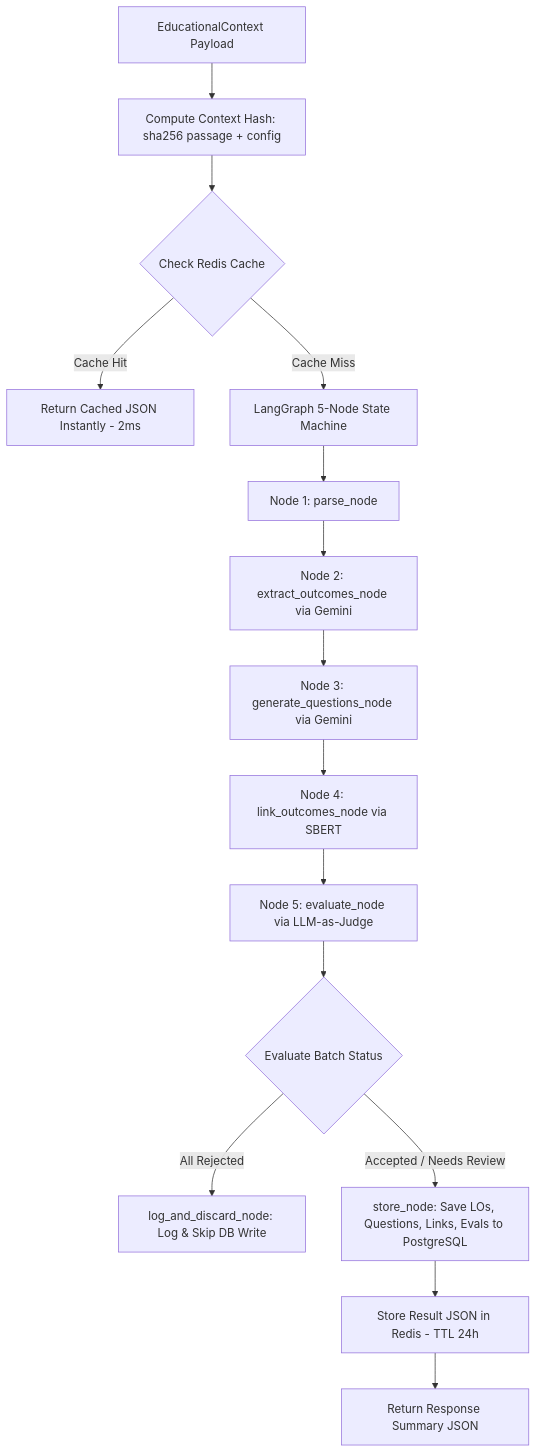
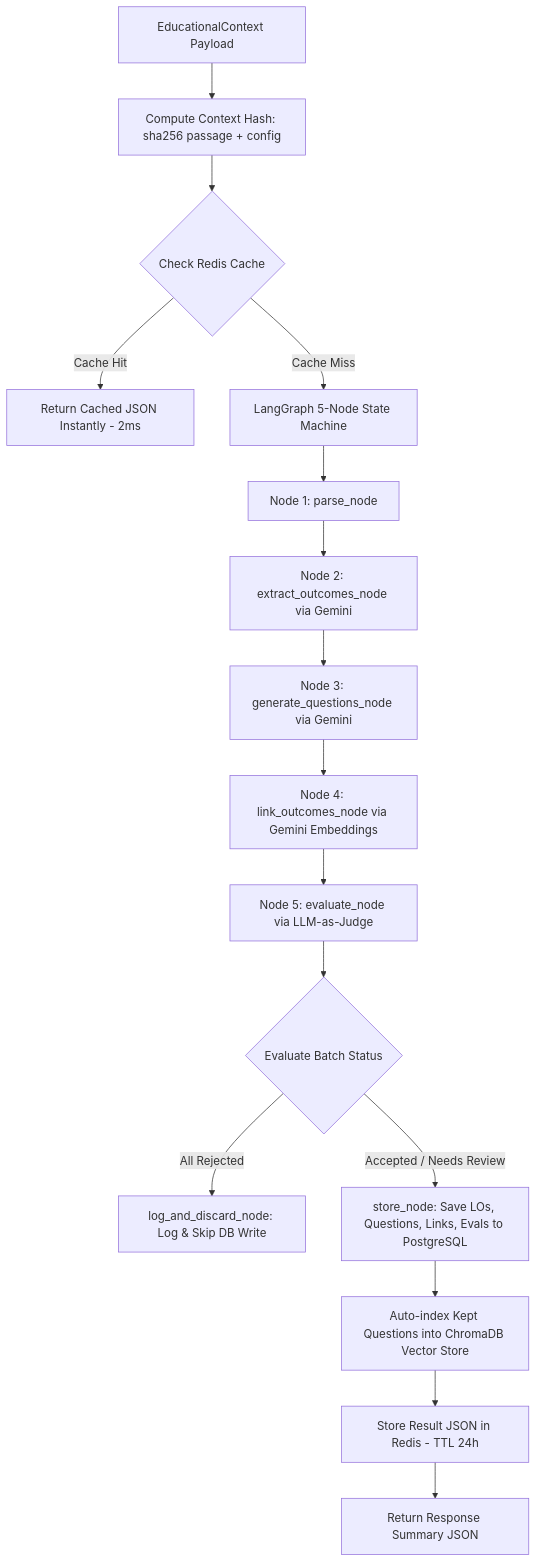
Before and after one commit to Moabed21/Smart-Educator: the diagram in README.md, drawn with Mermaid. The commit also changed other lines of this file and 6 other files, not shown here.

````diff
--- a/README.md
+++ b/README.md
@@ -85,20 +86,21 @@
 ```mermaid
 flowchart TD
     A[EducationalContext Payload] --> B[Compute Context Hash: sha256 passage + config]
     B --> C{Check Redis Cache}
     C -->|Cache Hit| D[Return Cached JSON Instantly - 2ms]
     C -->|Cache Miss| E[LangGraph 5-Node State Machine]
     
     E --> E1[Node 1: parse_node]
     E1 --> E2[Node 2: extract_outcomes_node via Gemini]
     E2 --> E3[Node 3: generate_questions_node via Gemini]
-    E3 --> E4[Node 4: link_outcomes_node via SBERT]
+    E3 --> E4[Node 4: link_outcomes_node via Gemini Embeddings]
     E4 --> E5[Node 5: evaluate_node via LLM-as-Judge]
     
     E5 --> F{Evaluate Batch Status}
     F -->|All Rejected| G[log_and_discard_node: Log & Skip DB Write]
     F -->|Accepted / Needs Review| H[store_node: Save LOs, Questions, Links, Evals to PostgreSQL]
     
-    H --> I[Store Result JSON in Redis - TTL 24h]
+    H --> H1[Auto-index Kept Questions into ChromaDB Vector Store]
+    H1 --> I[Store Result JSON in Redis - TTL 24h]
     I --> J[Return Response Summary JSON]
 ```
````
